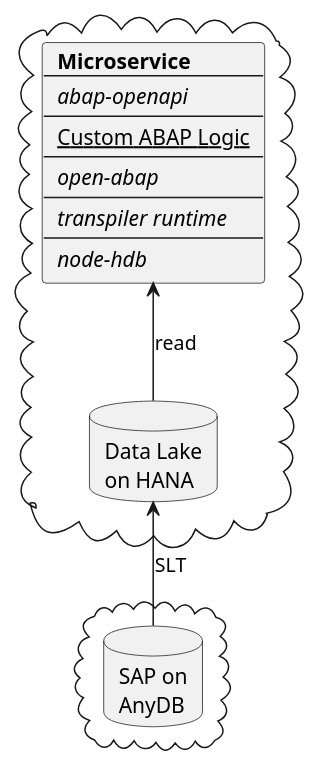
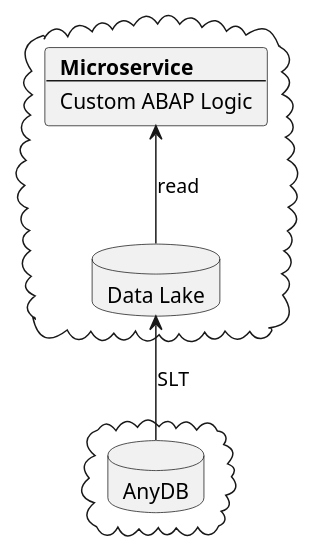
One commit to heliconialabs/moving-abap-workloads-to-serverless changed the diagram in src/introduction.adoc. Above: the diagram before and after it, drawn with PlantUML. The commit also changed other lines of this file and 2 other files, not shown here.

```diff
--- a/src/introduction.adoc
+++ b/src/introduction.adoc
@@ -21,30 +21,22 @@
 [plantuml]
 ....
 skinparam monochrome true
 
 cloud {
-  database "SAP on\nAnyDB" as sap
+  database "AnyDB" as anydb
 }
 
 cloud {
-  database "Data Lake\non HANA" as lake
-
   card card [
     <b>Microservice</b>
     ----
-    //abap-openapi//
-    ----
-    <u>Custom ABAP Logic</u>
-    ----
-    //open-abap//
-    ----
-    //transpiler runtime//
-    ----
-    //node-hdb//
+    Custom ABAP Logic
   ]
+
+  database "Data Lake" as lake
 
   lake -up-> card : read
 }
 
-sap -up-> lake : SLT
+anydb -up-> lake : SLT
 ....
```
